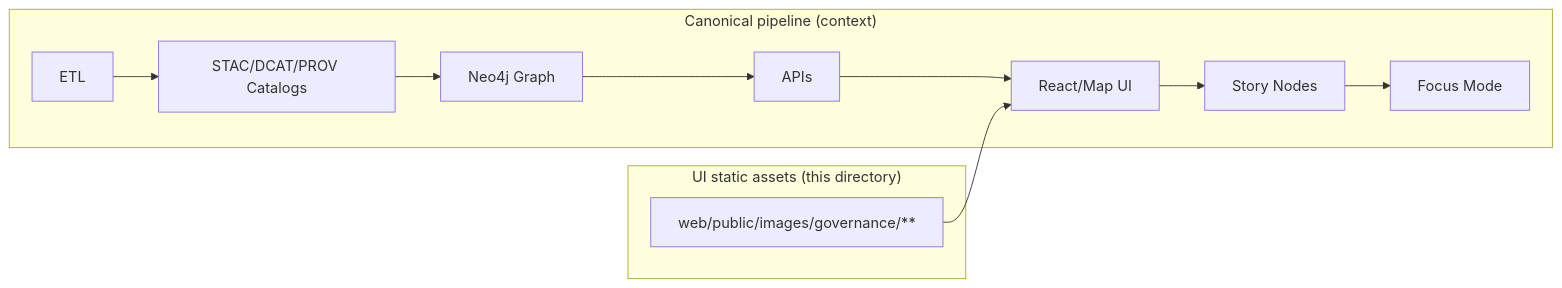
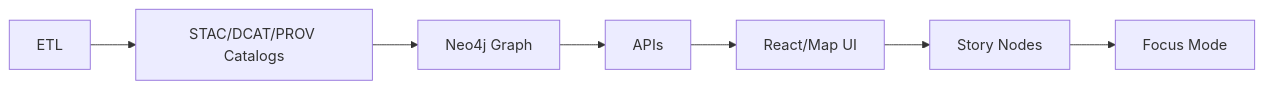
One commit to bartytime4life/Kansas-Frontier-Matrix changed the first of 2 diagrams in web/public/images/governance/README.md. Above: the diagram before and after it, drawn with Mermaid. The commit also changed other lines of this file, not shown here.

```diff
--- a/web/public/images/governance/README.md
+++ b/web/public/images/governance/README.md
@@ -154,15 +150,9 @@
 ~~~mermaid
 flowchart LR
-  subgraph CanonicalPipeline["Canonical pipeline (context)"]
-    A[ETL] --> B[STAC/DCAT/PROV Catalogs]
-    B --> C[Neo4j Graph]
-    C --> D[APIs]
-    D --> E[React/Map UI]
-    E --> F[Story Nodes]
-    F --> G[Focus Mode]
-  end
-
-  subgraph StaticAssets["UI static assets (this directory)"]
-    H["web/public/images/governance/**"] --> E
-  end
+  A[ETL] --> B[STAC/DCAT/PROV Catalogs]
+  B --> C[Neo4j Graph]
+  C --> D[APIs]
+  D --> E[React/Map UI]
+  E --> F[Story Nodes]
+  F --> G[Focus Mode]
 ~~~
```
